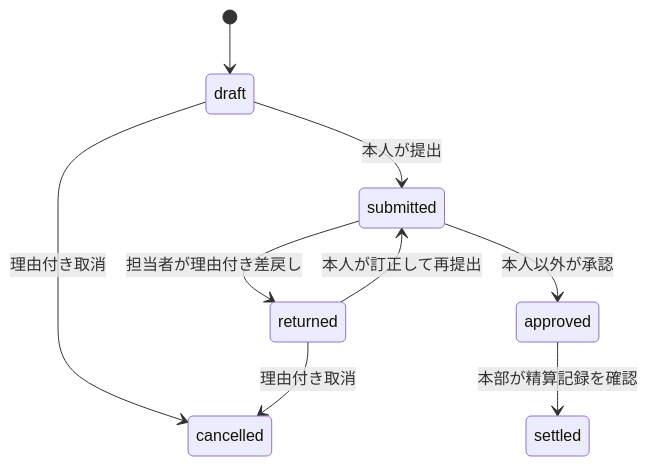
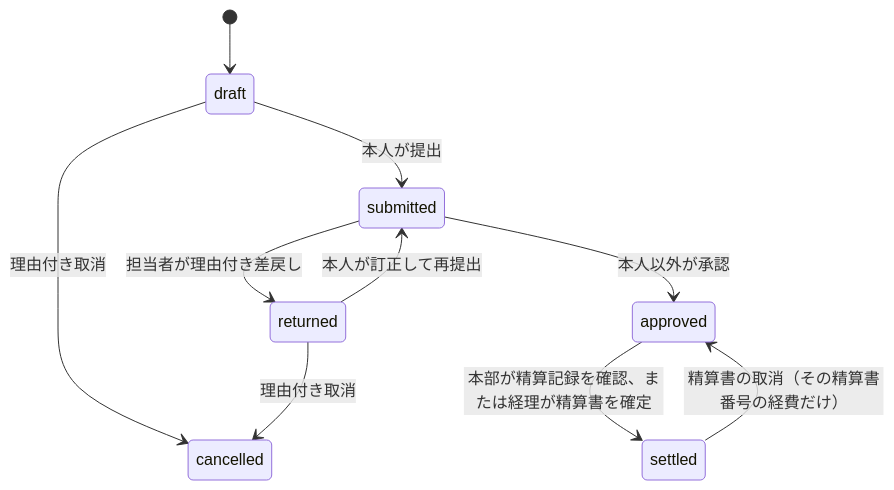
The second of 2 diagrams in docs/architecture/workforce.md (adokoy001/DaifukuERP), drawn with Mermaid before and after one commit. The commit also changed other lines of this file and 22 other files, not shown here.

````diff
--- a/docs/architecture/workforce.md
+++ b/docs/architecture/workforce.md
@@ -44,11 +45,12 @@
 ```mermaid
 stateDiagram-v2
     [*] --> draft
     draft --> submitted: 本人が提出
     submitted --> returned: 担当者が理由付き差戻し
     returned --> submitted: 本人が訂正して再提出
     submitted --> approved: 本人以外が承認
-    approved --> settled: 本部が精算記録を確認
+    approved --> settled: 本部が精算記録を確認、または経理が精算書を確定
+    settled --> approved: 精算書の取消（その精算書番号の経費だけ）
     draft --> cancelled: 理由付き取消
     returned --> cancelled: 理由付き取消
 ```
````
